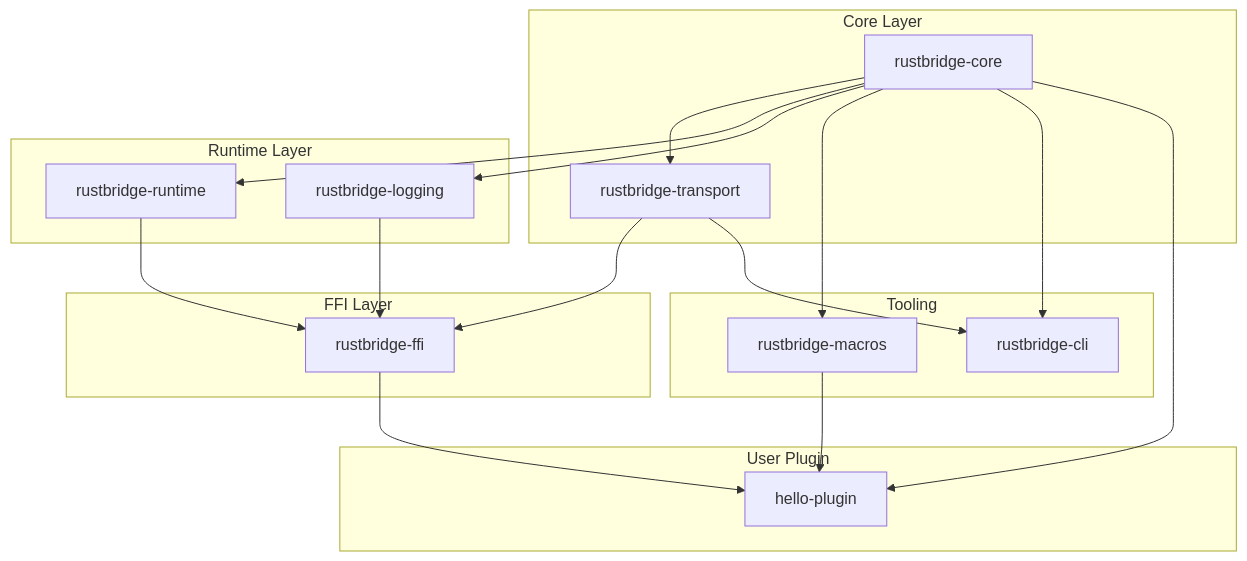
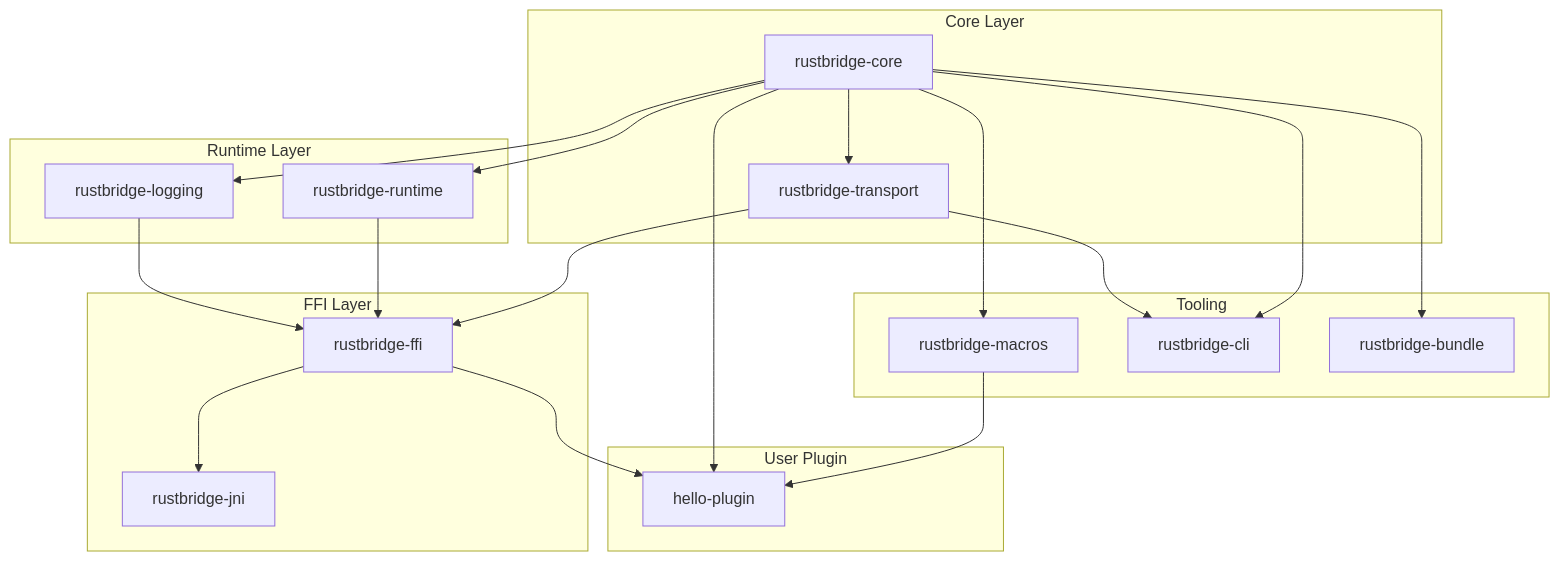
The second of 10 diagrams in docs/ARCHITECTURE.md (jrobhoward/rustbridge), drawn with Mermaid before and after one commit. The commit also changed other lines of this file and 81 other files, not shown here.

````diff
--- a/docs/ARCHITECTURE.md
+++ b/docs/ARCHITECTURE.md
@@ -45,39 +45,43 @@
 ```mermaid
 flowchart TD
     subgraph Core["Core Layer"]
         RC[rustbridge-core]
         RT[rustbridge-transport]
     end
 
     subgraph Runtime["Runtime Layer"]
         RR[rustbridge-runtime]
         RL[rustbridge-logging]
     end
 
     subgraph FFI["FFI Layer"]
         RF[rustbridge-ffi]
+        RJ[rustbridge-jni]
     end
 
     subgraph Tools["Tooling"]
         RM[rustbridge-macros]
         CLI[rustbridge-cli]
+        RB[rustbridge-bundle]
     end
 
     subgraph Plugin["User Plugin"]
         UP[hello-plugin]
     end
 
     RC --> RT
     RC --> RR
     RC --> RL
     RT --> RF
     RR --> RF
     RL --> RF
+    RF --> RJ
     RC --> RM
     RC --> CLI
     RT --> CLI
+    RC --> RB
 
     RF --> UP
     RM --> UP
     RC --> UP
 ```
````
